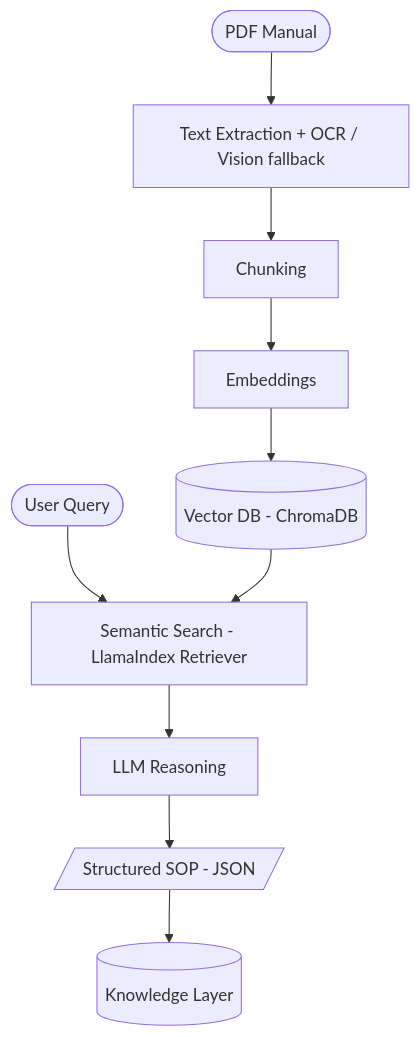
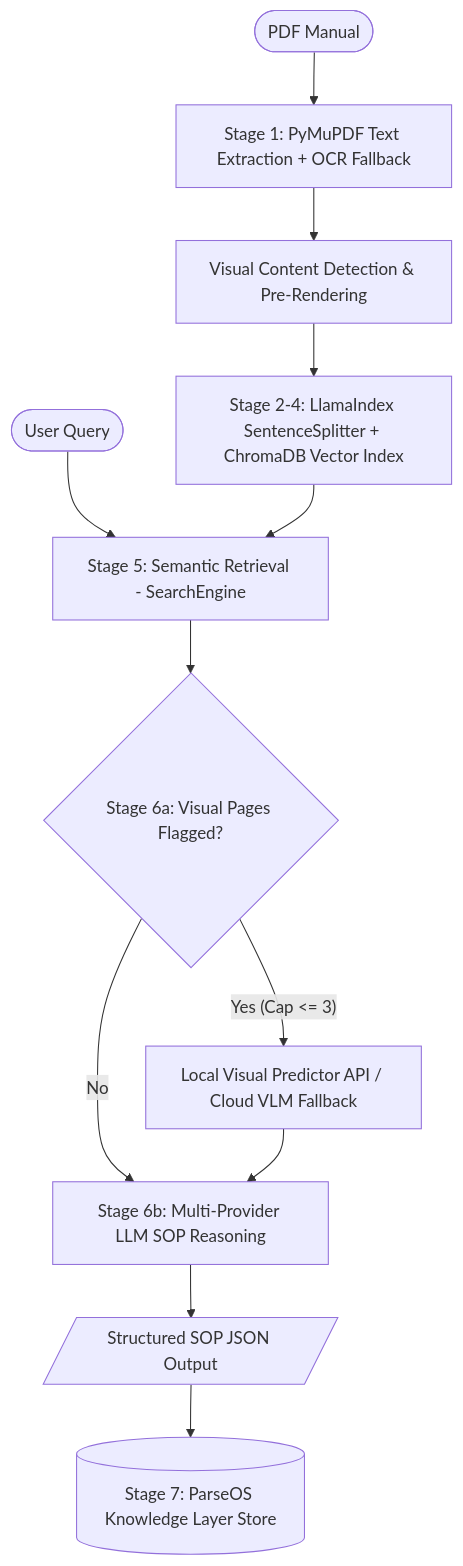
The diagram in README.md (hi0001234d/parseos-manual-intelligence), drawn with Mermaid before and after one commit. The commit also changed other lines of this file and 4 other files, not shown here.

````diff
--- a/README.md
+++ b/README.md
@@ -44,12 +37,17 @@
 ```mermaid
 flowchart TD
-    A([PDF Manual]) --> B[Text Extraction + OCR / Vision fallback]
-    B --> C[Chunking]
-    C --> D[Embeddings]
-    D --> E[(Vector DB - ChromaDB)]
-    Q([User Query]) --> S[Semantic Search - LlamaIndex Retriever]
-    E --> S
-    S --> L[LLM Reasoning]
-    L --> J[/Structured SOP - JSON/]
-    J --> K[(Knowledge Layer)]
+    A([PDF Manual]) --> B[Stage 1: PyMuPDF Text Extraction + OCR Fallback]
+    B --> C[Visual Content Detection & Pre-Rendering]
+    C --> D[Stage 2-4: LlamaIndex SentenceSplitter + ChromaDB Vector Index]
+    
+    Q([User Query]) --> E[Stage 5: Semantic Retrieval - SearchEngine]
+    D --> E
+    
+    E --> F{Stage 6a: Visual Pages Flagged?}
+    F -- Yes (Cap <= 3) --> G[Local Visual Predictor API / Cloud VLM Fallback]
+    F -- No --> H[Stage 6b: Multi-Provider LLM SOP Reasoning]
+    G --> H
+    
+    H --> I[/Structured SOP JSON Output/]
+    I --> J[(Stage 7: ParseOS Knowledge Layer Store)]
 ```
````
